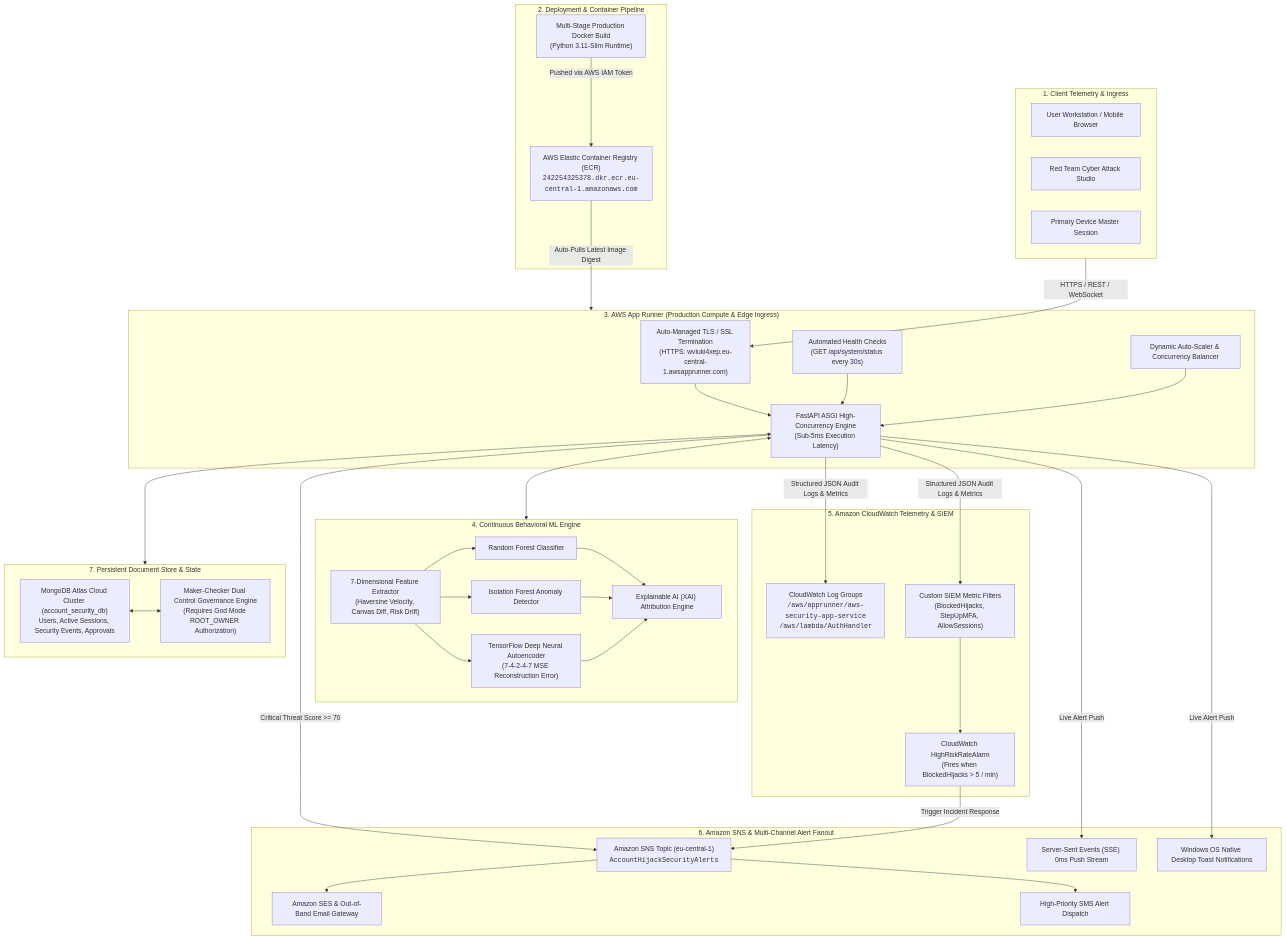
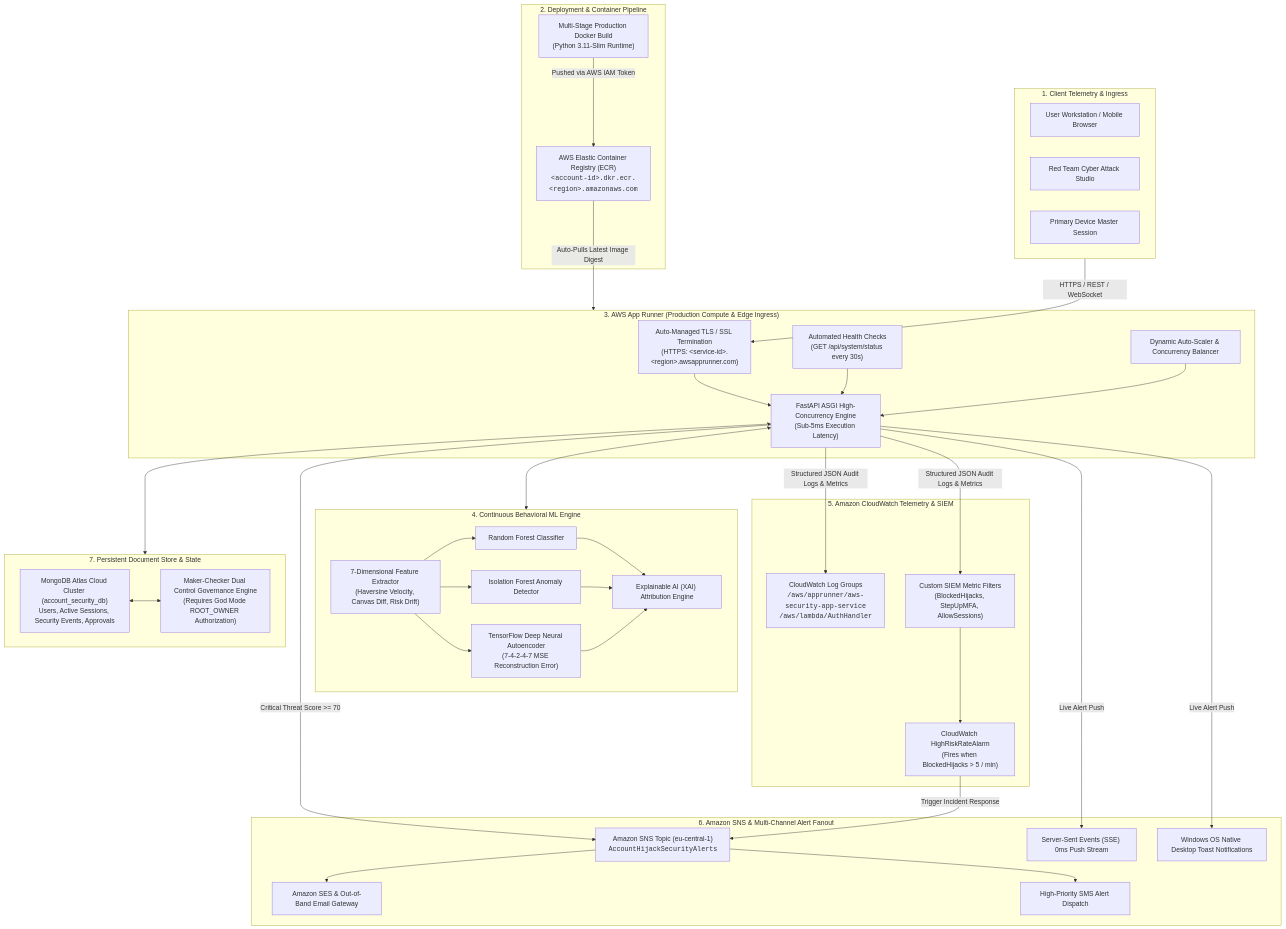
The first of 2 diagrams in README.md (rootnode-rebels/aws-security), drawn with Mermaid before and after one commit. The commit also changed other lines of this file and 9 other files, not shown here.

````diff
--- a/README.md
+++ b/README.md
@@ -79,65 +79,65 @@
 ```mermaid
 flowchart TD
     subgraph CLIENT["1. Client Telemetry & Ingress"]
         C1["User Workstation / Mobile Browser"]
         C2["Red Team Cyber Attack Studio"]
         C3["Primary Device Master Session"]
     end
 
     subgraph DEPLOY["2. Deployment & Container Pipeline"]
-        ECR["AWS Elastic Container Registry (ECR)<br/><code>242254325378.dkr.ecr.eu-central-1.amazonaws.com</code>"]
+        ECR["AWS Elastic Container Registry (ECR)<br/><code>&lt;account-id&gt;.dkr.ecr.&lt;region&gt;.amazonaws.com</code>"]
         DOCKER["Multi-Stage Production Docker Build<br/>(Python 3.11-Slim Runtime)"]
         DOCKER -->|Pushed via AWS IAM Token| ECR
     end
 
     subgraph APPRUNNER["3. AWS App Runner (Production Compute & Edge Ingress)"]
-        AR_TLS["Auto-Managed TLS / SSL Termination<br/>(HTTPS: wviuki4xep.eu-central-1.awsapprunner.com)"]
+        AR_TLS["Auto-Managed TLS / SSL Termination<br/>(HTTPS: &lt;service-id&gt;.&lt;region&gt;.awsapprunner.com)"]
         AR_HC["Automated Health Checks<br/>(GET /api/system/status every 30s)"]
         AR_SCALE["Dynamic Auto-Scaler & Concurrency Balancer"]
         AR_APP["FastAPI ASGI High-Concurrency Engine<br/>(Sub-5ms Execution Latency)"]
         AR_TLS --> AR_APP
         AR_HC --> AR_APP
         AR_SCALE --> AR_APP
     end
 
     subgraph ML_ENGINE["4. Continuous Behavioral ML Engine"]
         F_EXT["7-Dimensional Feature Extractor<br/>(Haversine Velocity, Canvas Diff, Risk Drift)"]
         RF["Random Forest Classifier"]
         IF["Isolation Forest Anomaly Detector"]
         TF["TensorFlow Deep Neural Autoencoder<br/>(7-4-2-4-7 MSE Reconstruction Error)"]
         XAI["Explainable AI (XAI) Attribution Engine"]
         F_EXT --> RF & IF & TF
         RF & IF & TF --> XAI
     end
 
     subgraph CW["5. Amazon CloudWatch Telemetry & SIEM"]
         CW_LOGS["CloudWatch Log Groups<br/><code>/aws/apprunner/aws-security-app-service</code><br/><code>/aws/lambda/AuthHandler</code>"]
         CW_METRICS["Custom SIEM Metric Filters<br/>(BlockedHijacks, StepUpMFA, AllowSessions)"]
         CW_ALARM["CloudWatch HighRiskRateAlarm<br/>(Fires when BlockedHijacks > 5 / min)"]
         CW_METRICS --> CW_ALARM
     end
 
     subgraph NOTIF["6. Amazon SNS & Multi-Channel Alert Fanout"]
         SNS["Amazon SNS Topic (eu-central-1)<br/><code>AccountHijackSecurityAlerts</code>"]
         SNS_EMAIL["Amazon SES & Out-of-Band Email Gateway"]
         SNS_SMS["High-Priority SMS Alert Dispatch"]
         SSE["Server-Sent Events (SSE) 0ms Push Stream"]
         TOAST["Windows OS Native Desktop Toast Notifications"]
     end
 
     subgraph DATA["7. Persistent Document Store & State"]
         MONGO["MongoDB Atlas Cloud Cluster (account_security_db)<br/>Users, Active Sessions, Security Events, Approvals"]
         GOV["Maker-Checker Dual Control Governance Engine<br/>(Requires God Mode ROOT_OWNER Authorization)"]
         MONGO <--> GOV
     end
 
     ECR -->|Auto-Pulls Latest Image Digest| APPRUNNER
     CLIENT -->|HTTPS / REST / WebSocket| AR_TLS
     AR_APP <--> ML_ENGINE
     AR_APP <--> DATA
     AR_APP -->|Structured JSON Audit Logs & Metrics| CW_LOGS & CW_METRICS
     AR_APP -->|Critical Threat Score >= 70| SNS
     CW_ALARM -->|Trigger Incident Response| SNS
     SNS --> SNS_EMAIL & SNS_SMS
     AR_APP -->|Live Alert Push| SSE & TOAST
 ```
````
